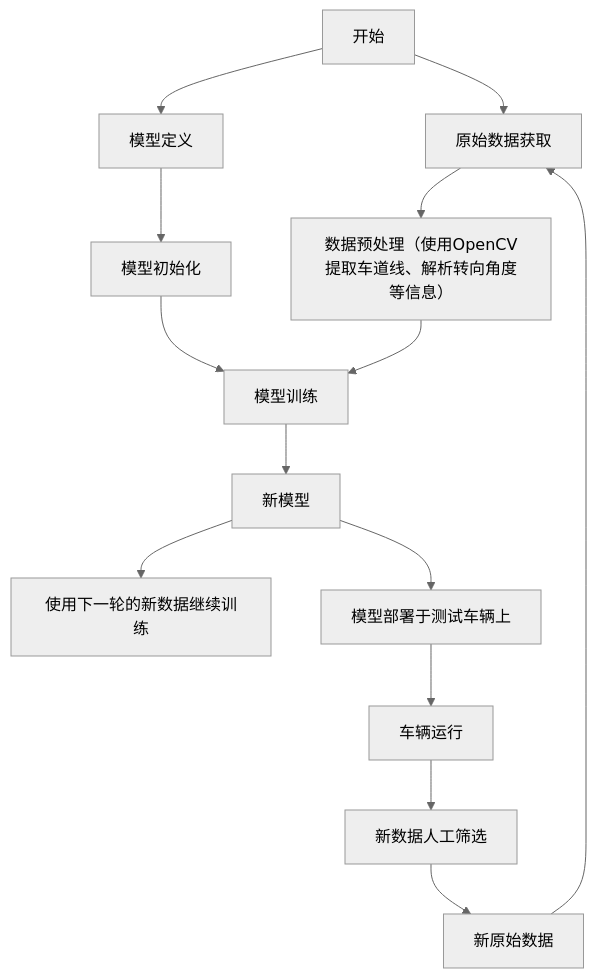
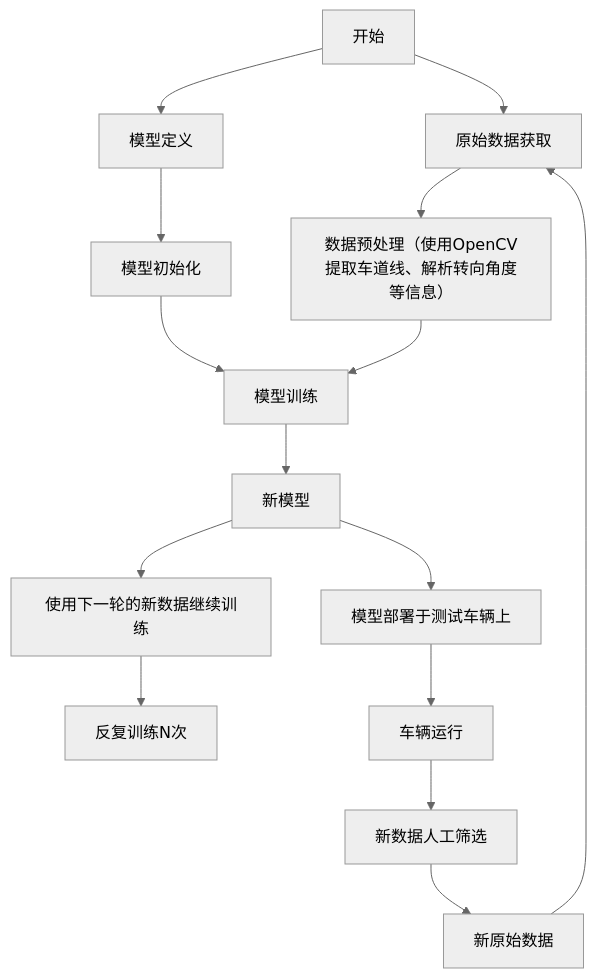
The diagram in README.md (Howardzhangdqs/qyun_trail), drawn with Mermaid (neutral theme) before and after one commit. The commit also changed other lines of this file, not shown here.

Commit message:
doc: change the doc a little bit

````diff
--- a/README.md
+++ b/README.md
@@ -8,16 +8,17 @@
 ```mermaid
 graph TD;
     A[开始] --> B[原始数据获取];
     B --> C["数据预处理（使用OpenCV提取车道线、解析转向角度等信息）"];
     A --> Model;
     Model[模型定义] --> M1[模型初始化];
     M1 --> E;
     C --> E[模型训练];
     E --> E2[新模型];
-    E2 --> E3[使用下一轮的新数据继续训练]
+    E2 --> E3[使用下一轮的新数据继续训练];
+    E3 --> E4[反复训练N次];
     E2 --> F[模型部署于测试车辆上];
     F --> F2[车辆运行]
     F2 --> G[新数据人工筛选];
     G --> H[新原始数据];
     H --> B;
 ```
````
